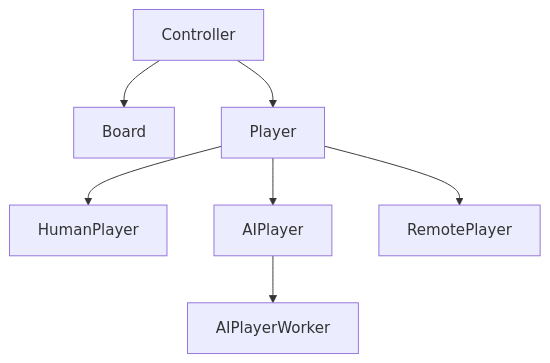
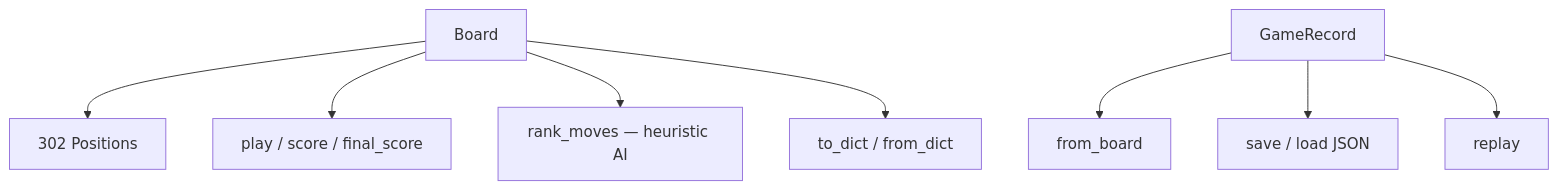
One commit to spherical-go/polyclash changed the third of 7 diagrams in docs/04_architecture.md. Above: the diagram before and after it, drawn with Mermaid. The commit also changed other lines of this file and 28 other files, not shown here.

````diff
--- a/docs/04_architecture.md
+++ b/docs/04_architecture.md
@@ -63,11 +67,11 @@
 ```mermaid
 graph TD
-    A[Controller] --> B[Board]
-    A --> C[Player]
+    A[Board] --> B[302 Positions]
+    A --> C[play / score / final_score]
+    A --> D[rank_moves — heuristic AI]
+    A --> E[to_dict / from_dict]
 
-    C --> C1[HumanPlayer]
-    C --> C2[AIPlayer]
-    C --> C3[RemotePlayer]
-
-    C2 --> D[AIPlayerWorker]
+    F[GameRecord] --> G[from_board]
+    F --> H[save / load JSON]
+    F --> I[replay]
 ```
````
